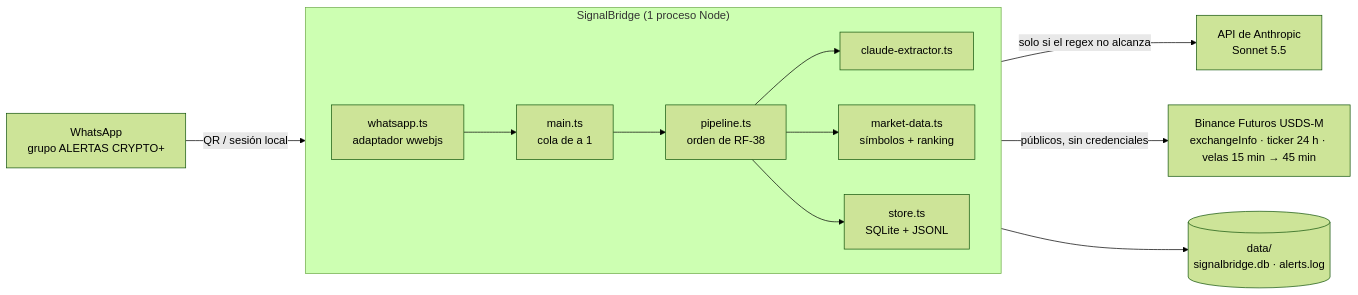
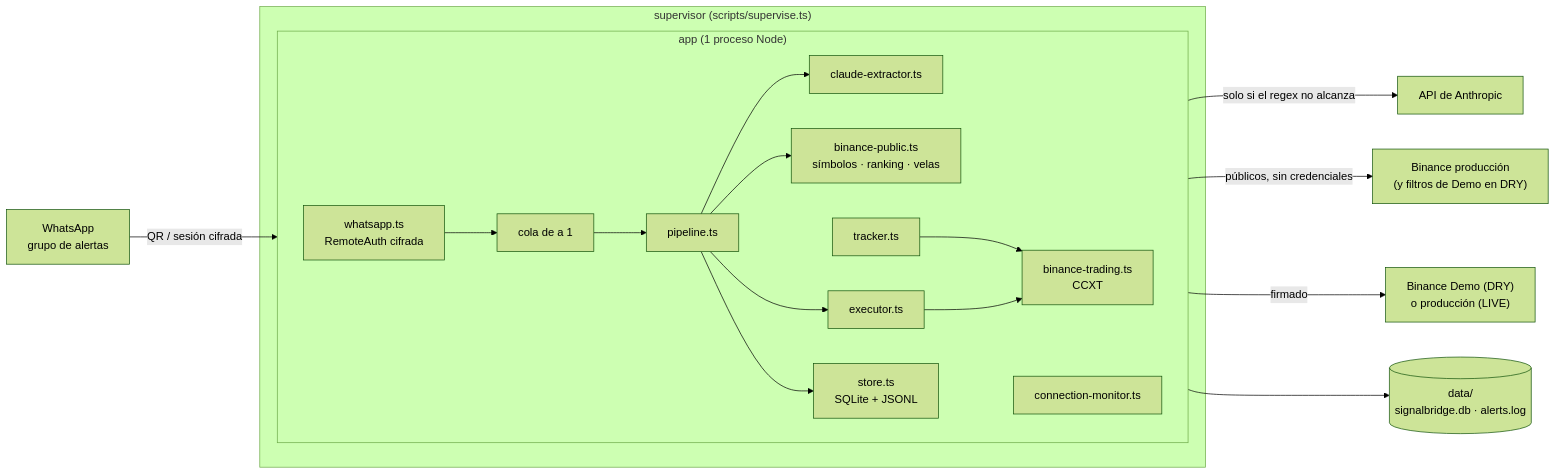
Before and after one commit to oespinola/v4: the first of 4 diagrams in docs/arquitectura.md, drawn with Mermaid (forest theme). The commit also changed other lines of this file and 1 other file, not shown here.

Commit message:
docs(arquitectura): estado real con carga, seguimiento, reconciliación, supervisor y sesión cifrada (T084)

````diff
--- a/docs/arquitectura.md
+++ b/docs/arquitectura.md
@@ -12,15 +17,22 @@
 ```mermaid
 flowchart LR
-  WA["WhatsApp<br/>grupo ALERTAS CRYPTO+"]
-  subgraph SB["SignalBridge (1 proceso Node)"]
-    direction LR
-    W["whatsapp.ts<br/>adaptador wwebjs"] --> M["main.ts<br/>cola de a 1"] --> P["pipeline.ts<br/>orden de RF-38"]
-    P --> C["claude-extractor.ts"]
-    P --> MD["market-data.ts<br/>símbolos + ranking"]
-    P --> S["store.ts<br/>SQLite + JSONL"]
+  WA["WhatsApp<br/>grupo de alertas"]
+  subgraph SUP["supervisor (scripts/supervise.ts)"]
+    subgraph SB["app (1 proceso Node)"]
+      direction LR
+      W["whatsapp.ts<br/>RemoteAuth cifrada"] --> Q["cola de a 1"] --> P["pipeline.ts"]
+      P --> C["claude-extractor.ts"]
+      P --> MD["binance-public.ts<br/>símbolos · ranking · velas"]
+      P --> E["executor.ts"]
+      T["tracker.ts"] --> X
+      E --> X["binance-trading.ts<br/>CCXT"]
+      P --> S["store.ts<br/>SQLite + JSONL"]
+      CM["connection-monitor.ts"]
+    end
   end
-  WA -- "QR / sesión local" --> W
-  C -- "solo si el regex no alcanza" --> AN["API de Anthropic<br/>Sonnet 5.5"]
-  MD -- "públicos, sin credenciales" --> BN["Binance Futuros USDS-M<br/>exchangeInfo · ticker 24 h · velas 15 min → 45 min"]
+  WA -- "QR / sesión cifrada" --> W
+  C -- "solo si el regex no alcanza" --> AN["API de Anthropic"]
+  MD -- "públicos, sin credenciales" --> BP["Binance producción<br/>(y filtros de Demo en DRY)"]
+  X -- "firmado" --> BT["Binance Demo (DRY)<br/>o producción (LIVE)"]
   S --> D[("data/<br/>signalbridge.db · alerts.log")]
 ```
````
